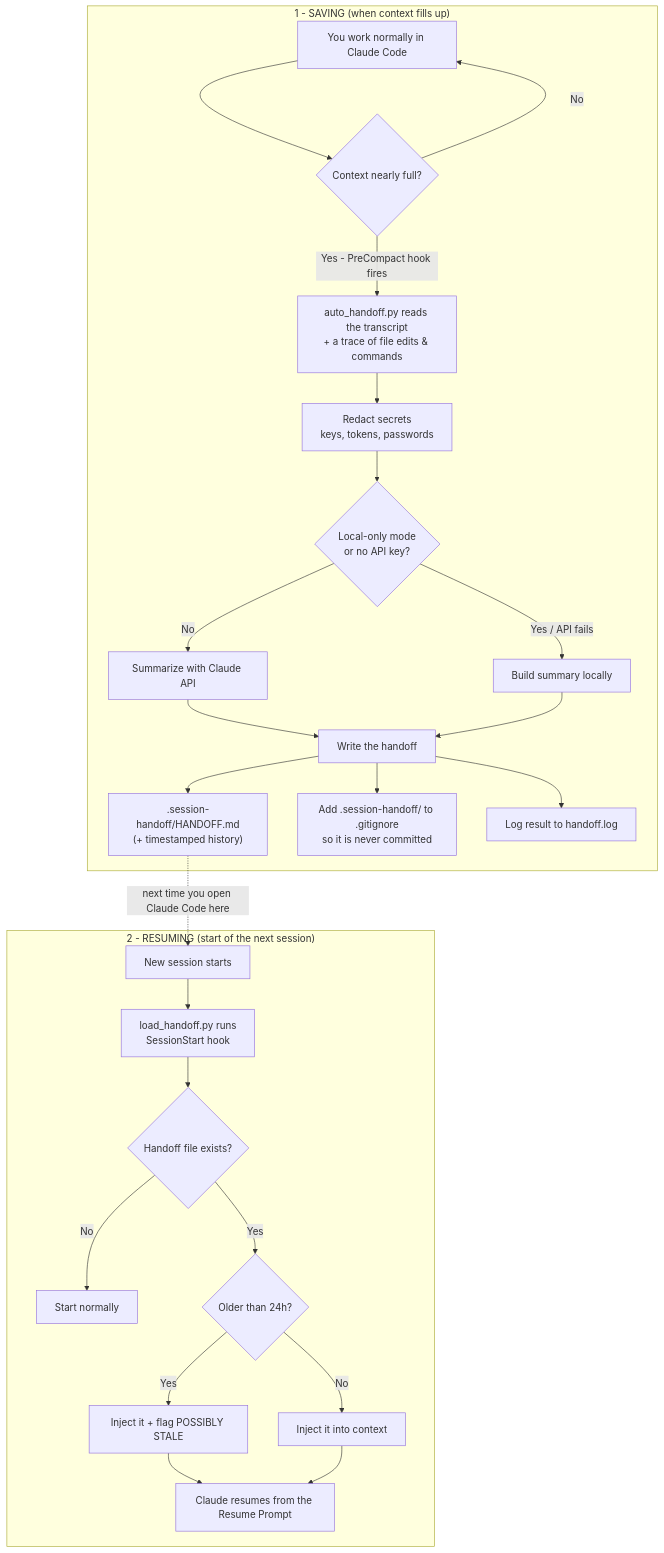
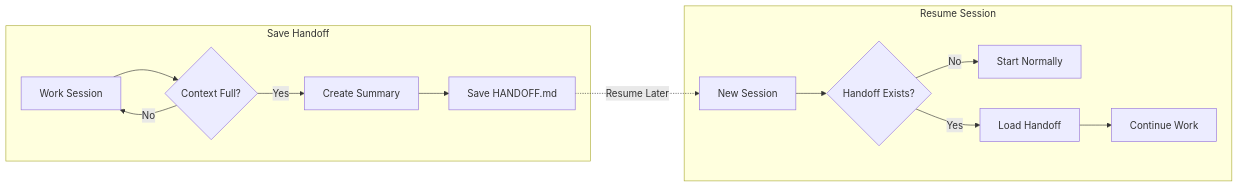
One commit to mDprajapati/session-handoff changed the diagram in README.md. Above: the diagram before and after it, drawn with Mermaid. The commit also changed other lines of this file, not shown here.

Commit message:
Revise flowchart for session handoff process
Updated flowchart for saving and resuming sessions in README.

````diff
--- a/README.md
+++ b/README.md
@@ -38,30 +38,28 @@
 ```mermaid
-flowchart TD
-    subgraph SAVE["1 - SAVING (when context fills up)"]
-        A[You work normally in Claude Code] --> B{Context nearly full?}
+flowchart LR
+
+    subgraph Save["Save Handoff"]
+        A[Work Session]
+        B{Context Full?}
+        C[Create Summary]
+        D[Save HANDOFF.md]
+
+        A --> B
         B -- No --> A
-        B -- "Yes - PreCompact hook fires" --> C[auto_handoff.py reads the transcript<br/>+ a trace of file edits & commands]
-        C --> D[Redact secrets<br/>keys, tokens, passwords]
-        D --> E{Local-only mode<br/>or no API key?}
-        E -- "No" --> F[Summarize with Claude API]
-        E -- "Yes / API fails" --> G[Build summary locally]
-        F --> H[Write the handoff]
-        G --> H
-        H --> I[".session-handoff/HANDOFF.md<br/>(+ timestamped history)"]
-        H --> J[Add .session-handoff/ to .gitignore<br/>so it is never committed]
-        H --> K[Log result to handoff.log]
+        B -- Yes --> C --> D
     end
 
-    I -. "next time you open Claude Code here" .-> L
+    D -. Resume Later .-> E
 
-    subgraph LOAD["2 - RESUMING (start of the next session)"]
-        L[New session starts] --> M[load_handoff.py runs<br/>SessionStart hook]
-        M --> N{Handoff file exists?}
-        N -- No --> O[Start normally]
-        N -- Yes --> P{Older than 24h?}
-        P -- "Yes" --> Q[Inject it + flag POSSIBLY STALE]
-        P -- "No" --> R[Inject it into context]
-        Q --> S[Claude resumes from the Resume Prompt]
-        R --> S
+    subgraph Resume["Resume Session"]
+        E[New Session]
+        F{Handoff Exists?}
+        G[Start Normally]
+        H[Load Handoff]
+        I[Continue Work]
+
+        E --> F
+        F -- No --> G
+        F -- Yes --> H --> I
     end
 ```
````
